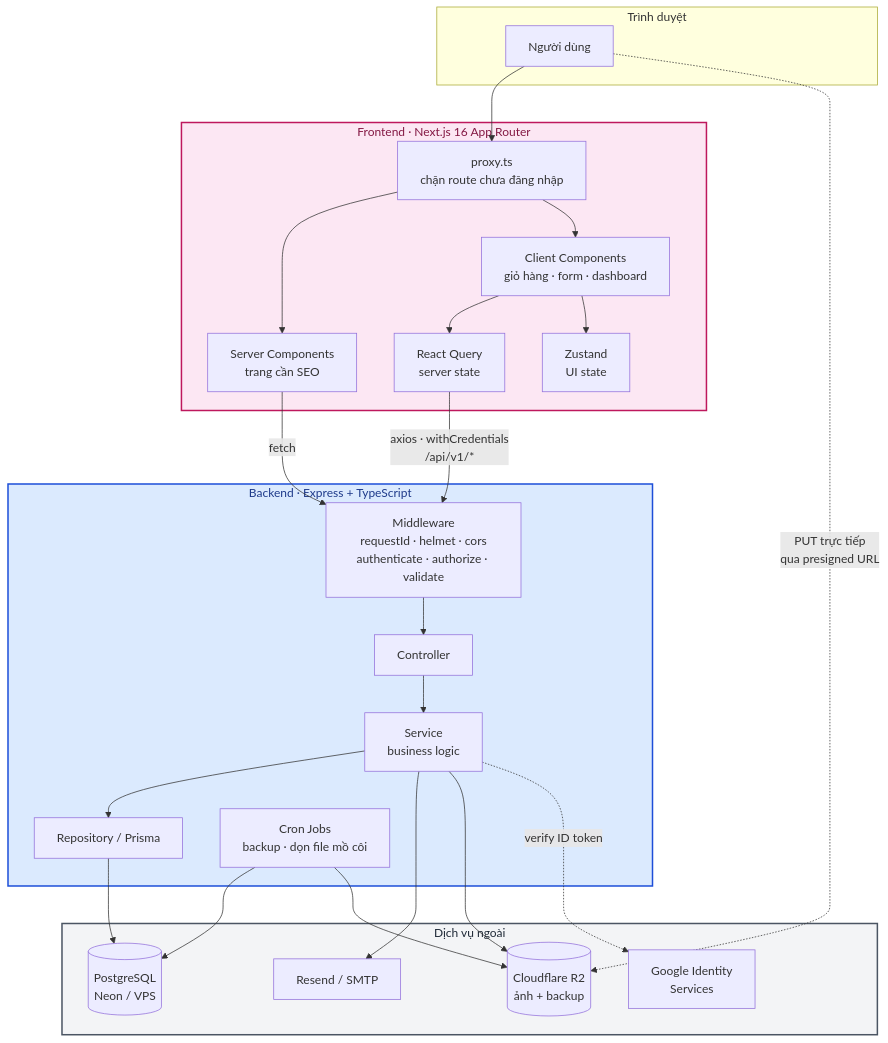
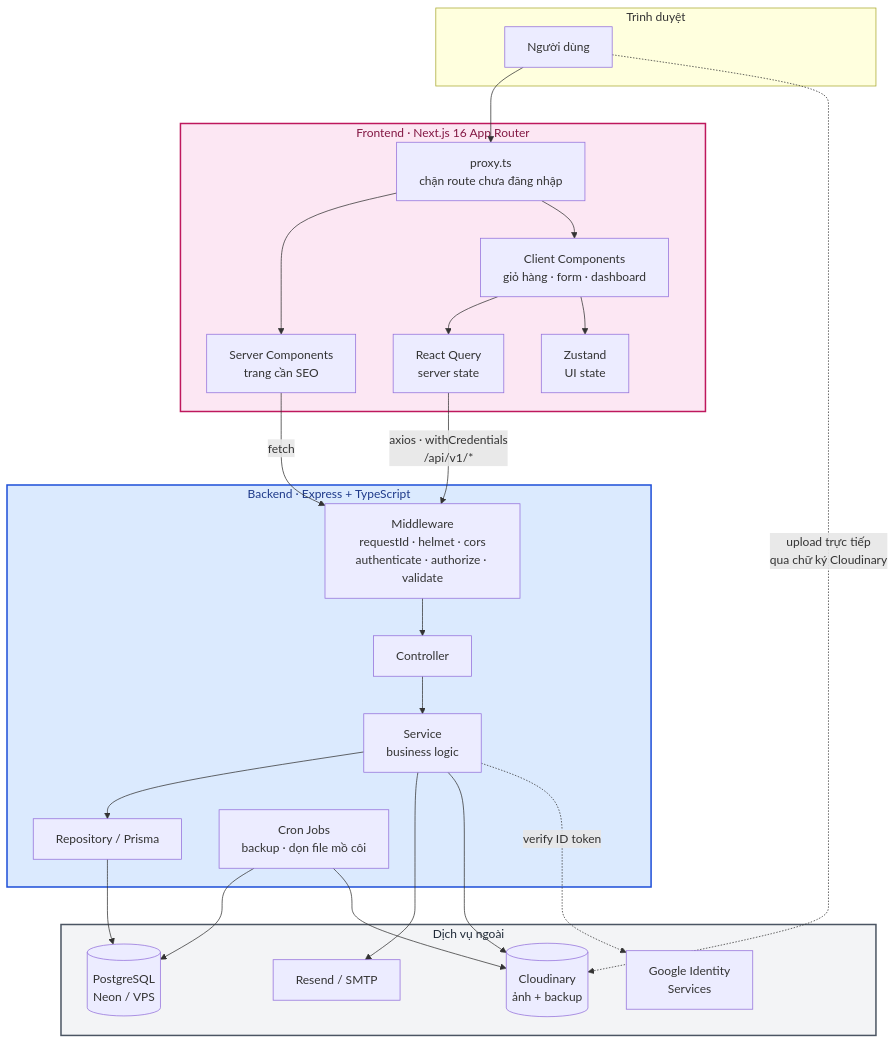
One commit to Hungvu0712/FLOWER changed the second of 4 diagrams in docs/02-kien-truc-tong-quan.md. Above: the diagram before and after it, drawn with Mermaid. The commit also changed other lines of this file and 40 other files, not shown here.

First line of the commit message:
Migrate file storage and DB backups from Cloudflare R2 to Cloudinary

````diff
--- a/docs/02-kien-truc-tong-quan.md
+++ b/docs/02-kien-truc-tong-quan.md
@@ -62,49 +62,49 @@
 ```mermaid
 flowchart TB
     subgraph CLIENT["Trình duyệt"]
         BROWSER[Người dùng]
     end
 
     subgraph FE["Frontend · Next.js 16 App Router"]
         PROXY["proxy.ts<br/>chặn route chưa đăng nhập"]
         RSC["Server Components<br/>trang cần SEO"]
         CC["Client Components<br/>giỏ hàng · form · dashboard"]
         RQ["React Query<br/>server state"]
         ZS["Zustand<br/>UI state"]
     end
 
     subgraph BE["Backend · Express + TypeScript"]
         MW["Middleware<br/>requestId · helmet · cors<br/>authenticate · authorize · validate"]
         CTRL["Controller"]
         SVC["Service<br/>business logic"]
         REPO["Repository / Prisma"]
         JOBS["Cron Jobs<br/>backup · dọn file mồ côi"]
     end
 
     subgraph EXT["Dịch vụ ngoài"]
         PG[("PostgreSQL<br/>Neon / VPS")]
-        R2[("Cloudflare R2<br/>ảnh + backup")]
+        CD[("Cloudinary<br/>ảnh + backup")]
         MAIL["Resend / SMTP"]
         GOOGLE["Google Identity<br/>Services"]
     end
 
     BROWSER --> PROXY
     PROXY --> RSC
     PROXY --> CC
     CC --> RQ
     CC --> ZS
     RQ -->|"axios · withCredentials<br/>/api/v1/*"| MW
     RSC -->|fetch| MW
 
     MW --> CTRL --> SVC --> REPO --> PG
     SVC --> MAIL
-    SVC --> R2
+    SVC --> CD
     SVC -.->|verify ID token| GOOGLE
-    BROWSER -.->|"PUT trực tiếp<br/>qua presigned URL"| R2
+    BROWSER -.->|"upload trực tiếp<br/>qua chữ ký Cloudinary"| CD
     JOBS --> PG
-    JOBS --> R2
+    JOBS --> CD
 
     style FE fill:#fce7f3,stroke:#be185d,stroke-width:2px,color:#831843
     style BE fill:#dbeafe,stroke:#1d4ed8,stroke-width:2px,color:#1e3a8a
     style EXT fill:#f3f4f6,stroke:#4b5563,stroke-width:2px,color:#1f2937
 ```
````
